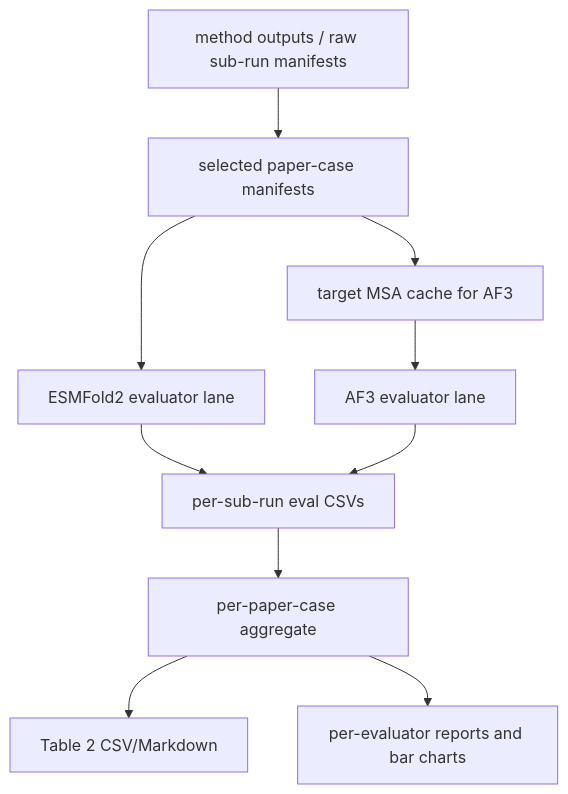
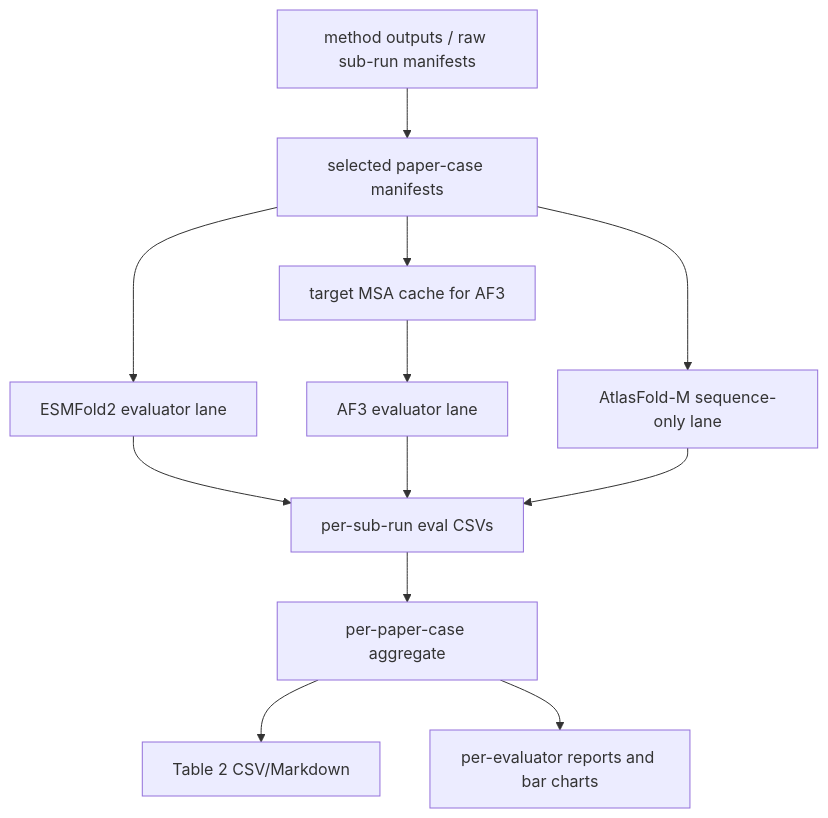
Before and after one commit to smiles724/ProteoCraft: the diagram in evaluation/metric_pipeline/README.md, drawn with Mermaid. The commit also changed other lines of this file and 35 other files, not shown here.

First line of the commit message:
feat: publish local redesign extensions and AtlasFold-M cross-evaluation

````diff
--- a/evaluation/metric_pipeline/README.md
+++ b/evaluation/metric_pipeline/README.md
@@ -13,12 +14,14 @@
 ```mermaid
 flowchart TD
     A[method outputs / raw sub-run manifests] --> B[selected paper-case manifests]
     B --> C[target MSA cache for AF3]
     B --> D[ESMFold2 evaluator lane]
+    B --> J[AtlasFold-M sequence-only lane]
     C --> E[AF3 evaluator lane]
     D --> F[per-sub-run eval CSVs]
     E --> F
+    J --> F
     F --> G[per-paper-case aggregate]
     G --> H[Table 2 CSV/Markdown]
     G --> I[per-evaluator reports and bar charts]
 ```
````
